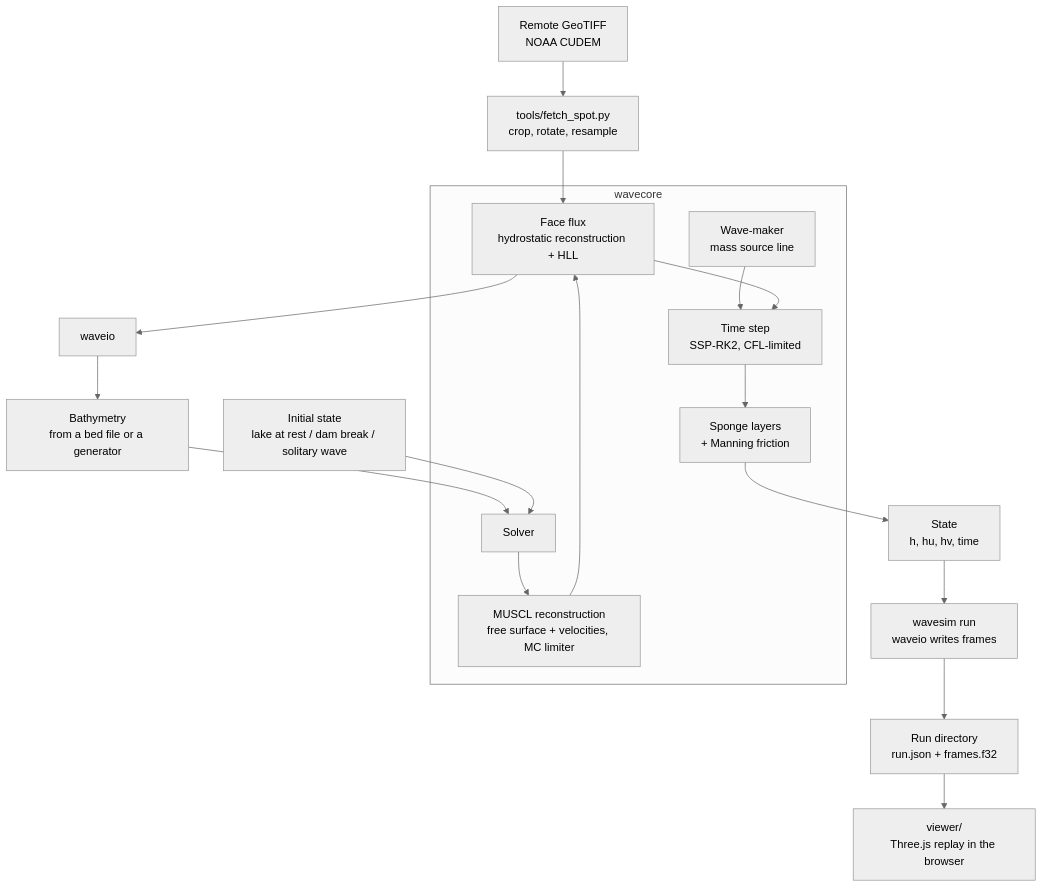
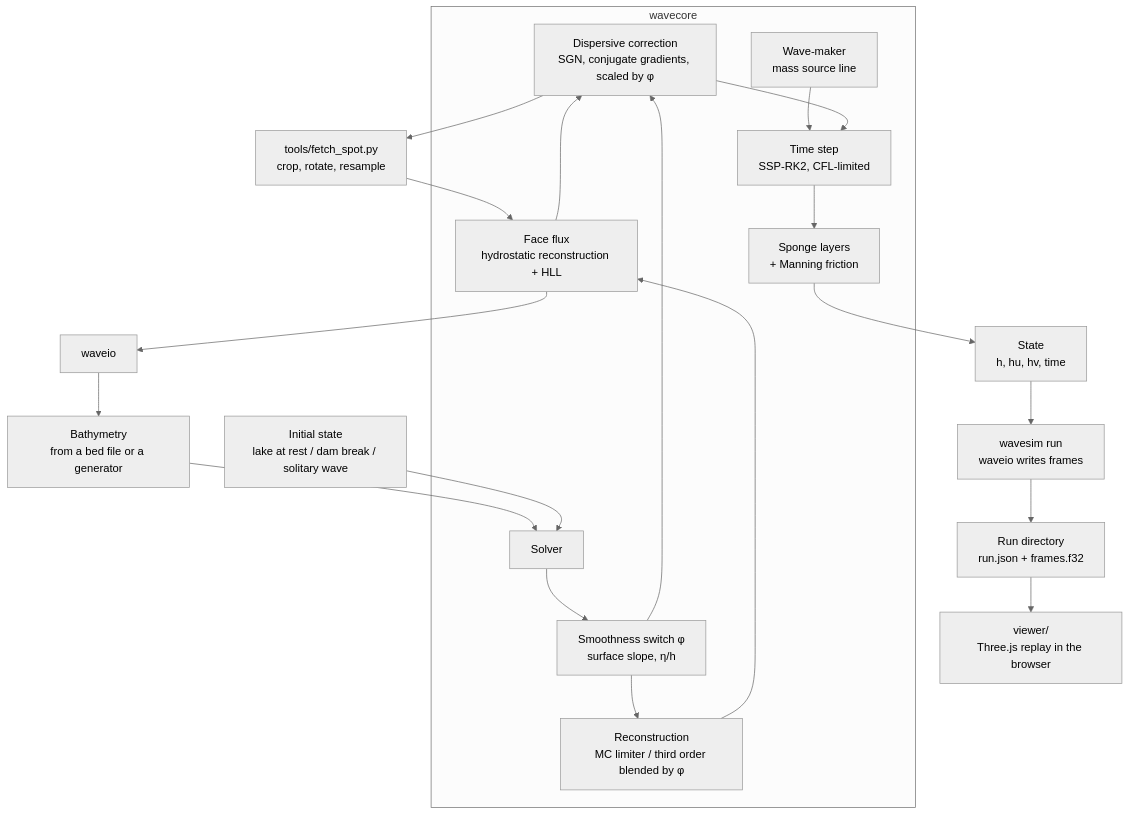
One commit to mlaegn/wavesim changed the diagram in README.md. Above: the diagram before and after it, drawn with Mermaid (neutral theme). The commit also changed other lines of this file and 14 other files, not shown here.

````diff
--- a/README.md
+++ b/README.md
@@ -54,20 +56,23 @@
 ```mermaid
 graph TD
     G[Remote GeoTIFF<br/>NOAA CUDEM] --> T[tools/fetch_spot.py<br/>crop, rotate, resample]
     T --> F[Bed file<br/>JSON + f32]
     F --> IO[waveio]
     IO --> B
     B[Bathymetry<br/>from a bed file or a generator] --> S
     I[Initial state<br/>lake at rest / dam break / solitary wave] --> S
     subgraph wavecore
-        S[Solver] --> M[MUSCL reconstruction<br/>free surface + velocities, MC limiter]
+        S[Solver] --> P[Smoothness switch φ<br/>surface slope, η/h]
+        P --> M[Reconstruction<br/>MC limiter / third order blended by φ]
         M --> F[Face flux<br/>hydrostatic reconstruction + HLL]
+        F --> G[Dispersive correction<br/>SGN, conjugate gradients, scaled by φ]
+        P --> G
         W[Wave-maker<br/>mass source line] --> U
-        F --> U[Time step<br/>SSP-RK2, CFL-limited]
+        G --> U[Time step<br/>SSP-RK2, CFL-limited]
         U --> D[Sponge layers<br/>+ Manning friction]
     end
     D --> R[State<br/>h, hu, hv, time]
     R --> C[wavesim run<br/>waveio writes frames]
     C --> O[Run directory<br/>run.json + frames.f32]
     O --> V[viewer/<br/>Three.js replay in the browser]
 ```
````
